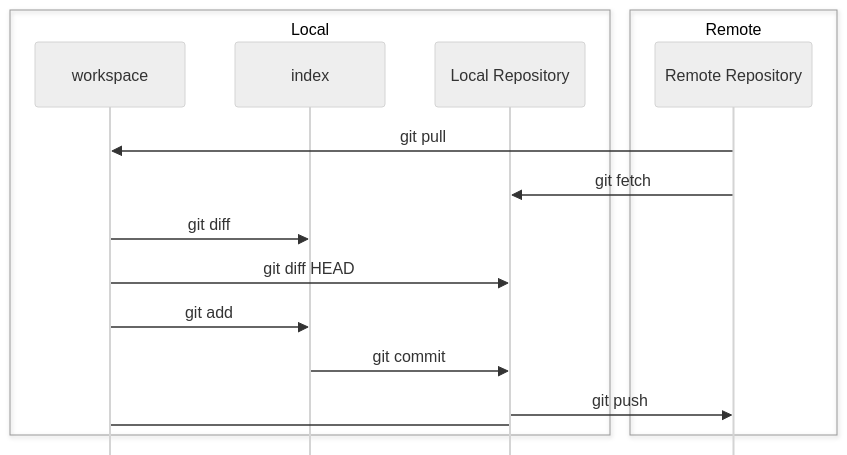
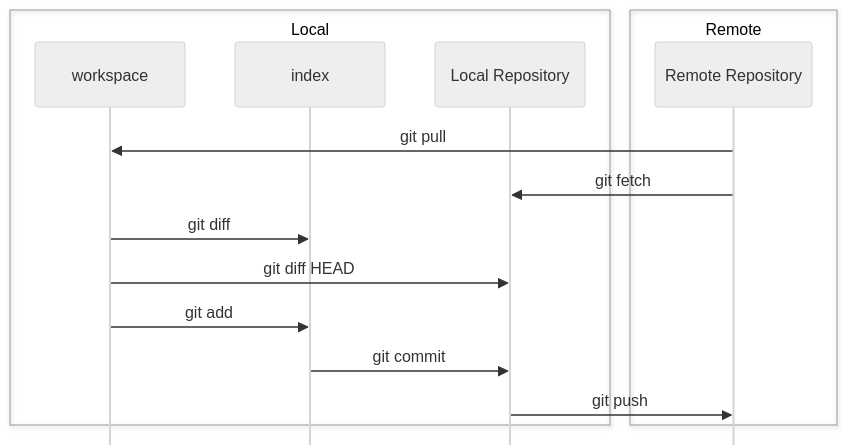
One commit to TheDataLabScotland/tdl-academy-git-intro changed the diagram in introduction_to_git.qmd. Above: the diagram before and after it, drawn with Mermaid.

Commit message:
Removed last arrow as was incomplete and causing syntax error for me

````diff
--- a/introduction_to_git.qmd
+++ b/introduction_to_git.qmd
@@ -25,28 +25,26 @@
 ```{mermaid}
 sequenceDiagram
   box Local
   participant workspace
   participant index
   participant localRepo as Local Repository
   end
   box Remote
   participant remoteRepo as Remote Repository
   end
 
   remoteRepo->>workspace: git pull
   remoteRepo->>localRepo: git fetch
   workspace->>index: git diff
   workspace->>localRepo: git diff HEAD
   workspace->>index: git add
   index->>localRepo: git commit
   localRepo->>remoteRepo: git push
-  workspace->localRepo:
-
 
   %%{init:{'theme':'neutral', 'themeCSS':'.messageLine0:nth-of-type(1) { stroke: #ff6614; stroke-width: 5px; }.messageLine0:nth-of-type(2) { stroke: #ffab24; stroke-width: 5px; }.messageLine0:nth-of-type(3) { stroke: #22a7d4; stroke-width: 5px; }.messageLine0:nth-of-type(4) { stroke: #23ad94; stroke-width: 5px; }.messageLine0:nth-of-type(5) { stroke: #8aa825; stroke-width: 5px; }.messageLine0:nth-of-type(6) { stroke: brown; stroke-width: 5px; }.messageLine0:nth-of-type(7) { stroke: #8c3ab5; stroke-width: 5px; }.messageLine0:nth-of-type(8) { stroke: #999999; stroke-width: 2px; }.messageText:nth-of-type(1) { fill: black; font-size: 20px !important; font-weight: bold; }.messageText:nth-of-type(2) { fill: black; font-size: 20px !important; font-weight: bold; }.messageText:nth-of-type(3) { fill: black; font-size: 20px !important; font-weight: bold; }.messageText:nth-of-type(4) { fill: black; font-size: 20px !important; font-weight: bold; }.messageText:nth-of-type(5) { fill: black; font-size: 20px !important; font-weight: bold; }.messageText:nth-of-type(6) { fill: black; font-size: 20px !important; font-weight: bold; }.messageText:nth-of-type(7) { fill: black; font-size: 20px !important; font-weight: bold; } #arrowhead path {stroke-width: 4px;}.actor rect { font-size: 40px !important; }'}}%%
   %%{init: { 'sequence': {'mirrorActors':false} } }%%
 
 %% annoyingly I can't figure out a way to increase text size of the words: workspace, index, local repo and remote repo
 
 
 ```
````
